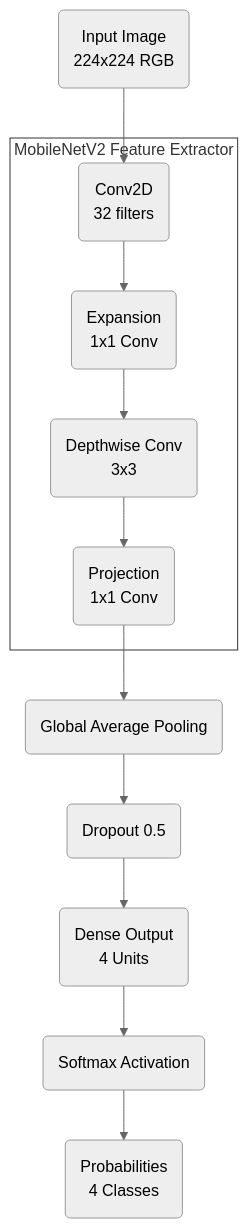
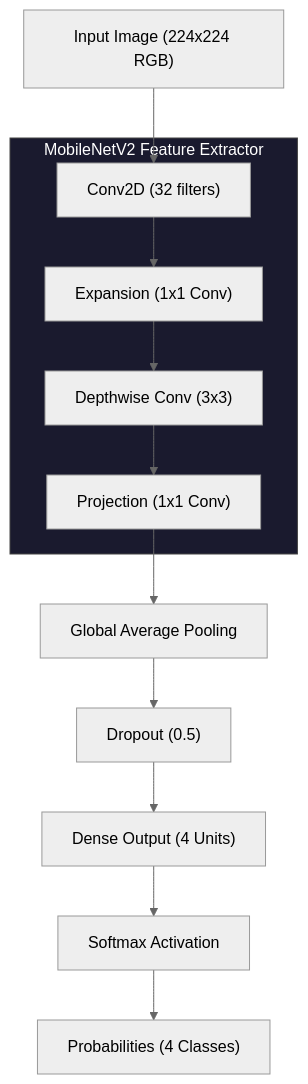
The diagram in README.md (yashnaiduu/NeuroScan), drawn with Mermaid (neutral theme) before and after one commit. The commit also changed 1 other file, not shown here.

Commit message:
Fix: compress preview.gif to 6MB and fix Mermaid diagram syntax

````diff
--- a/README.md
+++ b/README.md
@@ -49,36 +49,29 @@
 ```mermaid
 graph TD
-    Input("Input Image
-    224x224 RGB")
+    Input["Input Image (224x224 RGB)"]
 
-    subgraph MobileNetV2 ["MobileNetV2 Feature Extractor"]
-        Conv1("Conv2D
-        32 filters")
-        Exp("Expansion
-        1x1 Conv")
-        DW("Depthwise Conv
-        3x3")
-        Proj("Projection
-        1x1 Conv")
+    subgraph MobileNetV2["MobileNetV2 Feature Extractor"]
+        Conv1["Conv2D (32 filters)"]
+        Exp["Expansion (1x1 Conv)"]
+        DW["Depthwise Conv (3x3)"]
+        Proj["Projection (1x1 Conv)"]
     end
 
-    GAP("Global Average Pooling")
-    Dropout("Dropout 0.5")
-    Dense("Dense Output
-    4 Units")
-    Softmax("Softmax Activation")
-    Output("Probabilities
-    4 Classes")
+    GAP["Global Average Pooling"]
+    Dropout["Dropout (0.5)"]
+    Dense["Dense Output (4 Units)"]
+    Softmax["Softmax Activation"]
+    Output["Probabilities (4 Classes)"]
 
     Input --> Conv1
     Conv1 --> Exp
     Exp --> DW
     DW --> Proj
     Proj --> GAP
     GAP --> Dropout
     Dropout --> Dense
     Dense --> Softmax
     Softmax --> Output
 
-    style MobileNetV2 fill:#fff,stroke:#333,stroke-width:1px
+    style MobileNetV2 fill:#1a1a2e,stroke:#444,stroke-width:1px,color:#fff
 ```
````
